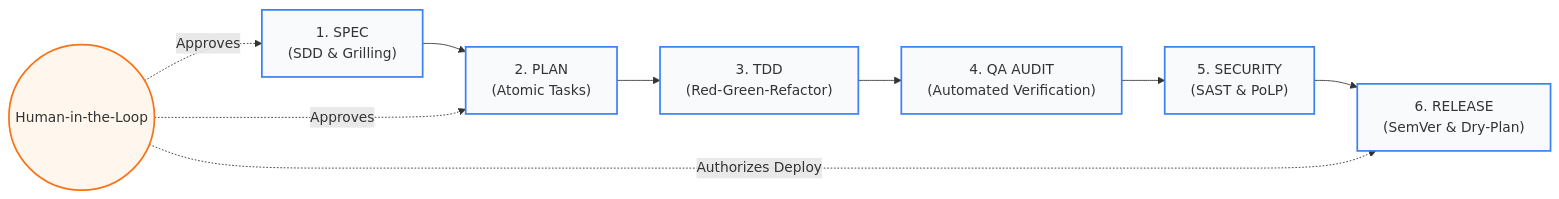
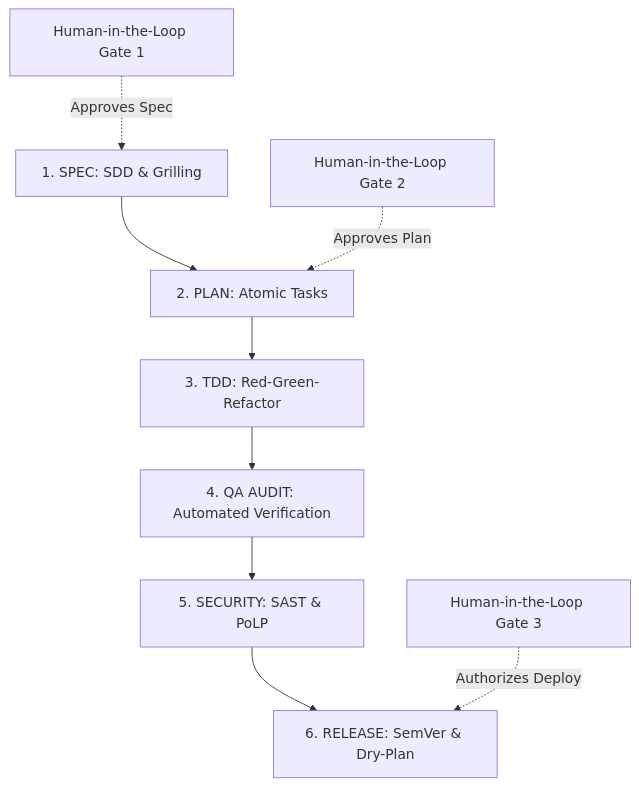
The first of 4 diagrams in README.md (jmblanco/agentic-engineering-framework), drawn with Mermaid before and after one commit. The commit also changed other lines of this file and 1 other file, not shown here.

Commit message:
docs: fix Mermaid diagram rendering, add intellectual origins section, and update attribution

````diff
--- a/README.md
+++ b/README.md
@@ -34,17 +51,12 @@
 ```mermaid
-flowchart LR
-    Phase1["1. SPEC<br/>(SDD & Grilling)"] --> Phase2["2. PLAN<br/>(Atomic Tasks)"]
-    Phase2 --> Phase3["3. TDD<br/>(Red-Green-Refactor)"]
-    Phase3 --> Phase4["4. QA AUDIT<br/>(Automated Verification)"]
-    Phase4 --> Phase5["5. SECURITY<br/>(SAST & PoLP)"]
-    Phase5 --> Phase6["6. RELEASE<br/>(SemVer & Dry-Plan)"]
-    
-    Human((Human-in-the-Loop)) -.->|"Approves"| Phase1
-    Human -.->|"Approves"| Phase2
-    Human -.->|"Authorizes Deploy"| Phase6
+flowchart TD
+    P1["1. SPEC: SDD & Grilling"] --> P2["2. PLAN: Atomic Tasks"]
+    P2 --> P3["3. TDD: Red-Green-Refactor"]
+    P3 --> P4["4. QA AUDIT: Automated Verification"]
+    P4 --> P5["5. SECURITY: SAST & PoLP"]
+    P5 --> P6["6. RELEASE: SemVer & Dry-Plan"]
 
-    classDef stage fill:#f8fafc,stroke:#3b82f6,stroke-width:2px;
-    classDef human fill:#fff7ed,stroke:#f97316,stroke-width:2px;
-    class Phase1,Phase2,Phase3,Phase4,Phase5,Phase6 stage;
-    class Human human;
+    H1["Human-in-the-Loop Gate 1"] -.->|"Approves Spec"| P1
+    H2["Human-in-the-Loop Gate 2"] -.->|"Approves Plan"| P2
+    H3["Human-in-the-Loop Gate 3"] -.->|"Authorizes Deploy"| P6
 ```
````
